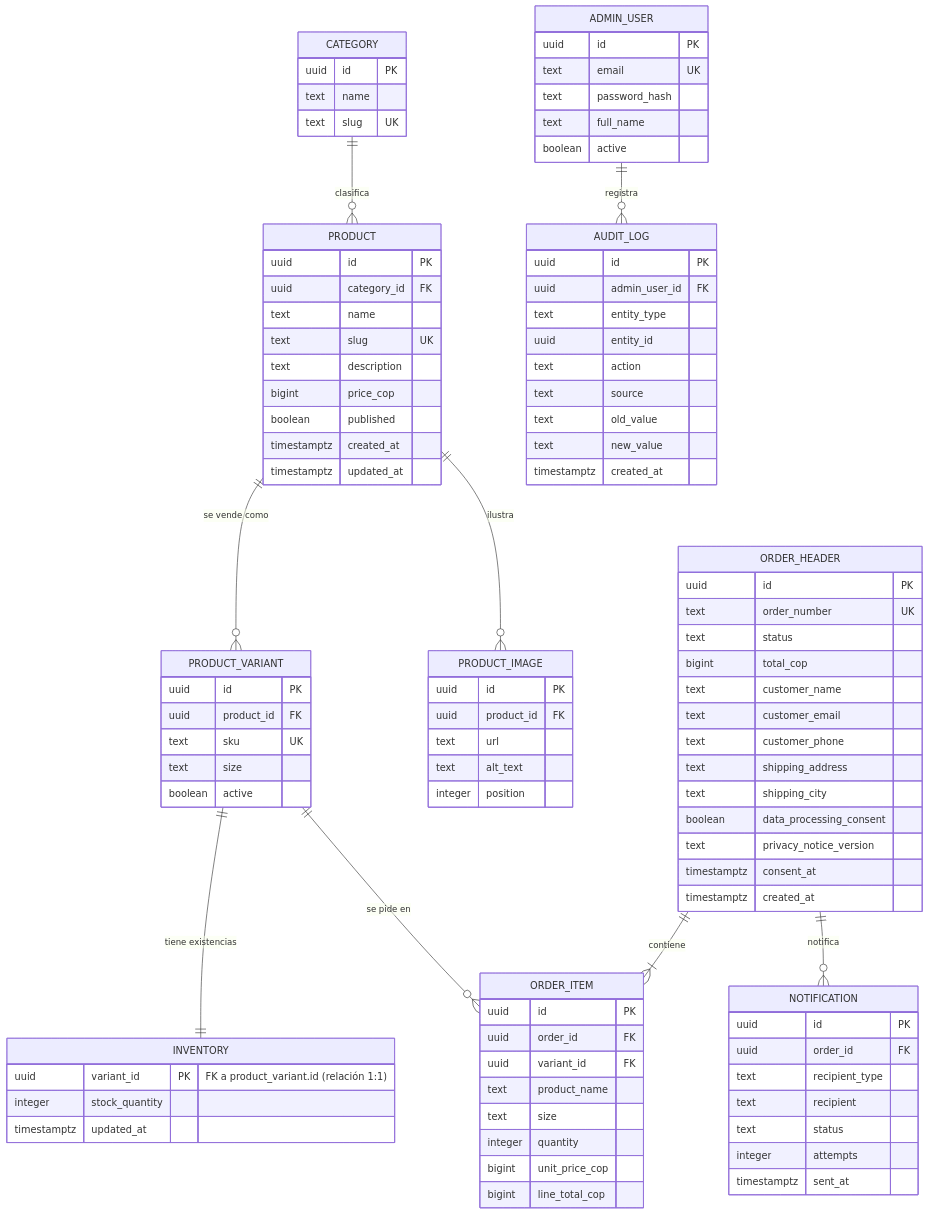
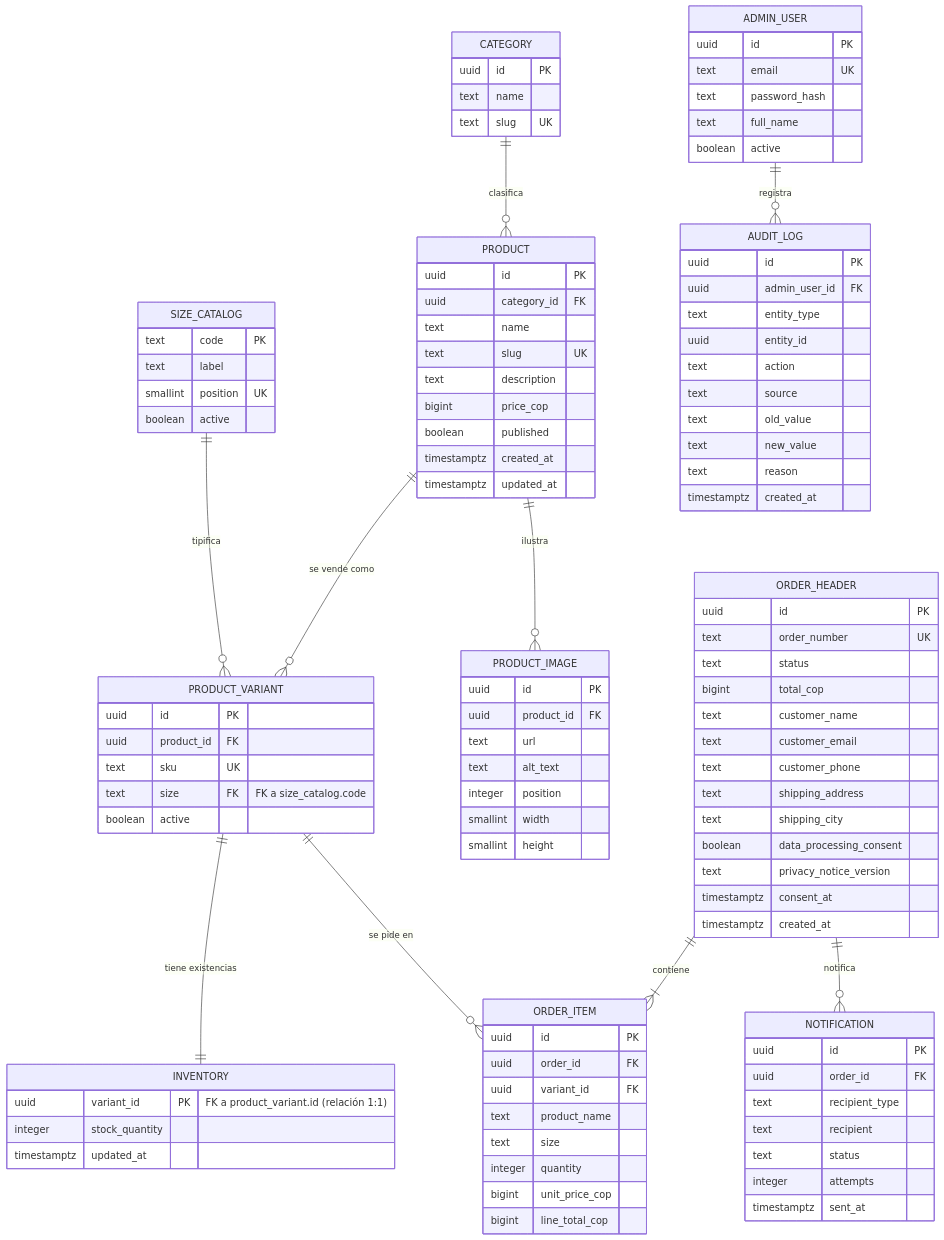
One commit to N1ghti3/Proyecto_Calidad_Software changed the diagram in docs/arquitectura/modelo-er.md. Above: the diagram before and after it, drawn with Mermaid. The commit also changed other lines of this file and 1 other file, not shown here.

Commit message:
docs(modelo): corregir el modelo de datos y aplicar ADR-008 a ADR-011
Dos correcciones que habrían bloqueado la primera migración:

- audit_log.reason no existía en el modelo, pero el contrato ya lo
  declara obligatorio en AuditEntryResponse y CP-50 lo verifica.
- product_image.width y height tampoco, y ProductImageResponse los
  declara obligatorios: el frontend los necesita para reservar el
  espacio de la imagen y evitar saltos de diseño (RNF-01).

Son correcciones y no cambios de contrato: el contrato ya los prometía,
de modo que no se aplica el procedimiento de cambio incompatible.

Añade size_catalog, la clave foránea de product_variant.size, la sección
de roles de base de datos, la generación del número de orden y la nota
de colación. Diagrama ER verificado con mermaid-cli.

````diff
--- a/docs/arquitectura/modelo-er.md
+++ b/docs/arquitectura/modelo-er.md
@@ -9,6 +9,7 @@
 ```mermaid
 erDiagram
     CATEGORY ||--o{ PRODUCT : clasifica
+    SIZE_CATALOG ||--o{ PRODUCT_VARIANT : tipifica
     PRODUCT ||--o{ PRODUCT_VARIANT : "se vende como"
     PRODUCT ||--o{ PRODUCT_IMAGE : ilustra
     PRODUCT_VARIANT ||--|| INVENTORY : "tiene existencias"
@@ -21,6 +22,12 @@
         uuid id PK
         text name
         text slug UK
+    }
+    SIZE_CATALOG {
+        text code PK
+        text label
+        smallint position UK
+        boolean active
     }
     PRODUCT {
         uuid id PK
@@ -37,7 +44,7 @@
         uuid id PK
         uuid product_id FK
         text sku UK
-        text size
+        text size FK "FK a size_catalog.code"
         boolean active
     }
     INVENTORY {
@@ -51,6 +58,8 @@
         text url
         text alt_text
         integer position
+        smallint width
+        smallint height
     }
     ORDER_HEADER {
         uuid id PK
@@ -93,6 +102,7 @@
         text source
         text old_value
         text new_value
+        text reason
         timestamptz created_at
     }
     NOTIFICATION {
````
